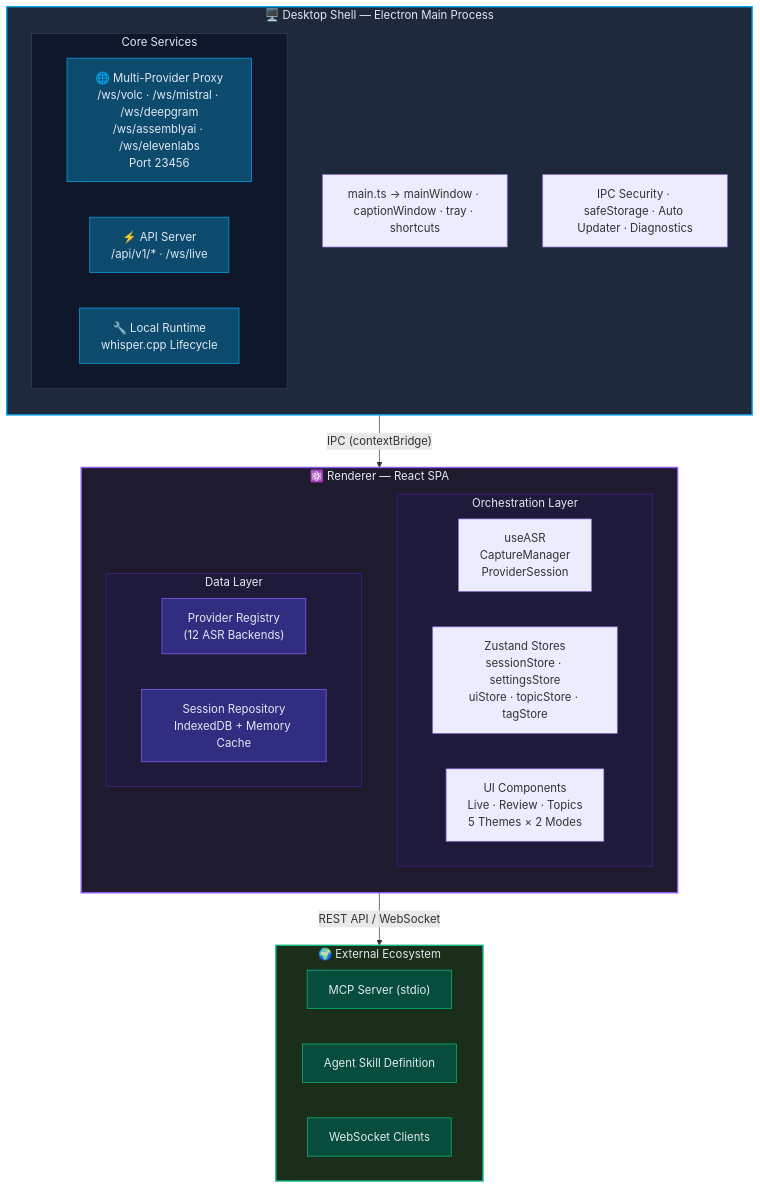
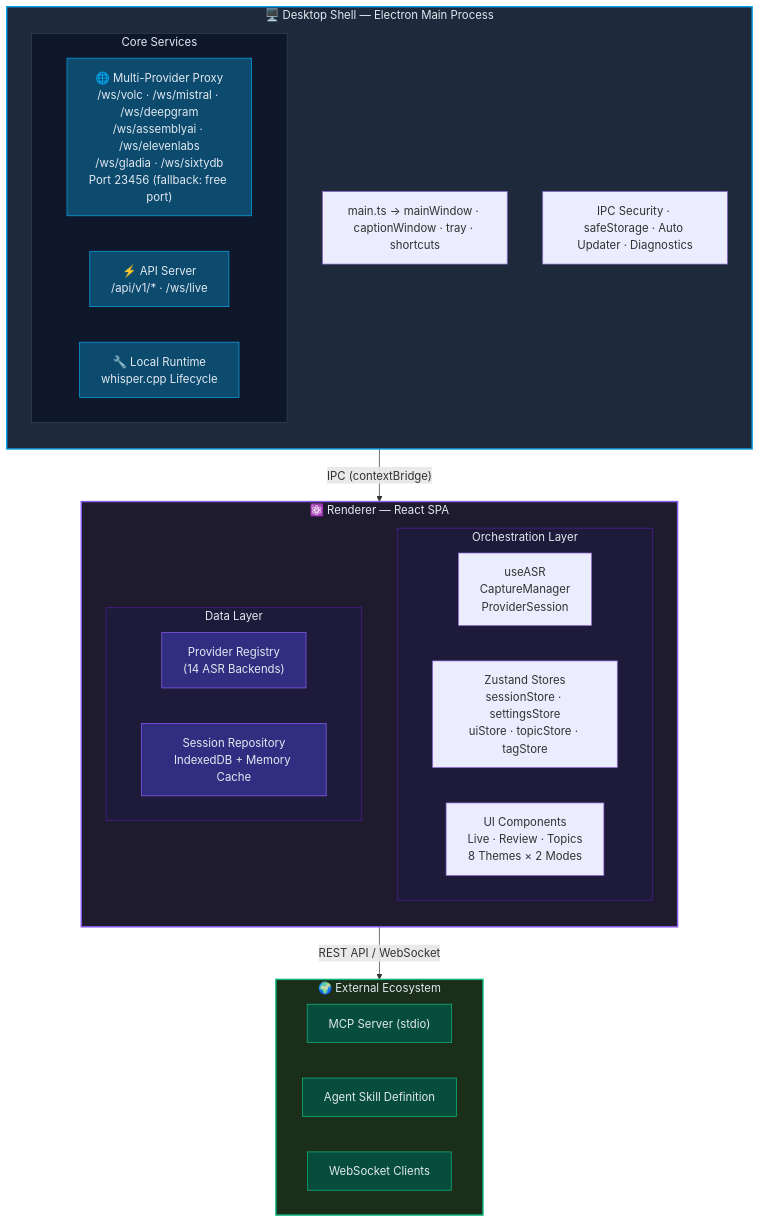
The first of 4 diagrams in docs/architecture/overview.md (XimilalaXiang/DeLive), drawn with Mermaid before and after one commit. The commit also changed other lines of this file and 19 other files, not shown here.

````diff
--- a/docs/architecture/overview.md
+++ b/docs/architecture/overview.md
@@ -7,55 +7,55 @@
 ```mermaid
 flowchart TB
   subgraph shell["🖥️ Desktop Shell — Electron Main Process"]
     direction TB
     entry["main.ts → mainWindow · captionWindow · tray · shortcuts"]
     subgraph services["Core Services"]
       direction LR
-      volc["🌐 Multi-Provider Proxy\n/ws/volc · /ws/mistral · /ws/deepgram\n/ws/assemblyai · /ws/elevenlabs\nPort 23456"]
+      volc["🌐 Multi-Provider Proxy\n/ws/volc · /ws/mistral · /ws/deepgram\n/ws/assemblyai · /ws/elevenlabs\n/ws/gladia · /ws/sixtydb\nPort 23456 (fallback: free port)"]
       api["⚡ API Server\n/api/v1/* · /ws/live"]
       runtime["🔧 Local Runtime\nwhisper.cpp Lifecycle"]
     end
     infra["IPC Security · safeStorage · Auto Updater · Diagnostics"]
   end
 
   shell -->|"IPC (contextBridge)"| renderer
 
   subgraph renderer["⚛️ Renderer — React SPA"]
     direction TB
     subgraph orchestration["Orchestration Layer"]
       direction LR
       hooks["useASR\nCaptureManager\nProviderSession"]
       stores["Zustand Stores\nsessionStore · settingsStore\nuiStore · topicStore · tagStore"]
-      ui["UI Components\nLive · Review · Topics\n5 Themes × 2 Modes"]
+      ui["UI Components\nLive · Review · Topics\n8 Themes × 2 Modes"]
     end
     subgraph data["Data Layer"]
       direction LR
-      providers["Provider Registry\n(12 ASR Backends)"]
+      providers["Provider Registry\n(14 ASR Backends)"]
       persistence["Session Repository\nIndexedDB + Memory Cache"]
     end
   end
 
   renderer -->|"REST API / WebSocket"| ecosystem
 
   subgraph ecosystem["🌍 External Ecosystem"]
     direction LR
     mcp["MCP Server (stdio)"]
     skill["Agent Skill Definition"]
     ws["WebSocket Clients"]
   end
 
   style shell fill:#1e293b,stroke:#0ea5e9,stroke-width:2px,color:#e2e8f0
   style renderer fill:#1e1b2e,stroke:#8b5cf6,stroke-width:2px,color:#e2e8f0
   style ecosystem fill:#1a2e1a,stroke:#10b981,stroke-width:2px,color:#e2e8f0
   style services fill:#0f172a,stroke:#334155,color:#e2e8f0
   style orchestration fill:#1e1b3a,stroke:#4c1d95,color:#e2e8f0
   style data fill:#1e1b3a,stroke:#4c1d95,color:#e2e8f0
   style volc fill:#0c4a6e,stroke:#0ea5e9,color:#e2e8f0
   style api fill:#0c4a6e,stroke:#0ea5e9,color:#e2e8f0
   style runtime fill:#0c4a6e,stroke:#0ea5e9,color:#e2e8f0
   style providers fill:#312e81,stroke:#8b5cf6,color:#e2e8f0
   style persistence fill:#312e81,stroke:#8b5cf6,color:#e2e8f0
   style mcp fill:#064e3b,stroke:#10b981,color:#e2e8f0
   style skill fill:#064e3b,stroke:#10b981,color:#e2e8f0
   style ws fill:#064e3b,stroke:#10b981,color:#e2e8f0
 ```
````
